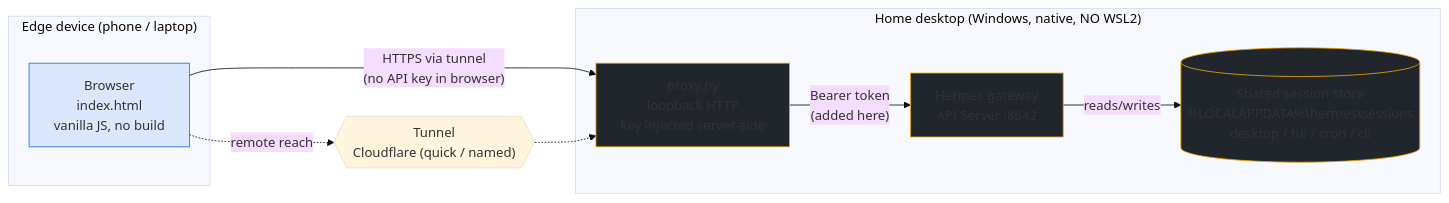
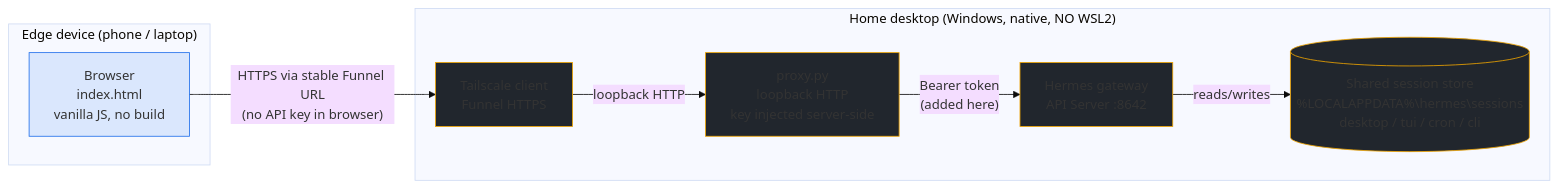
One commit to mr-september/hermes-uplink changed the diagram in README.md. Above: the diagram before and after it, drawn with Mermaid (base theme). The commit also changed other lines of this file and 14 other files, not shown here.

First line of the commit message:
Migrate internet access from Cloudflare to Tailscale Funnel

````diff
--- a/README.md
+++ b/README.md
@@ -50,20 +52,20 @@
 ```mermaid
 flowchart LR
     subgraph EDGE["Edge device (phone / laptop)"]
         B[Browser<br/>index.html<br/>vanilla JS, no build]
     end
     subgraph DESKTOP["Home desktop (Windows, native, NO WSL2)"]
         P[proxy.py<br/>loopback HTTP<br/>key injected server-side]
         A[Hermes gateway<br/>API Server :8642]
         R[(Shared session store<br/>%LOCALAPPDATA%\hermes\sessions<br/>desktop / tui / cron / cli)]
+        TS[Tailscale client<br/>Funnel HTTPS]
     end
-    TUN{{"Tunnel<br/>Cloudflare (quick / named)"}}
-    B -- "HTTPS via tunnel<br/>(no API key in browser)" --> P
+    B -- "HTTPS via stable Funnel URL<br/>(no API key in browser)" --> TS
+    TS -- "loopback HTTP" --> P
     P -- "Bearer token<br/>(added here)" --> A
     A -- "reads/writes" --> R
-    B -. "remote reach" .-> TUN -.-> P
     classDef edge fill:#1f6feb22,stroke:#1f6feb;
     classDef desk fill:#21262d,stroke:#f0a500;
     class B edge;
-    class P,A,R desk;
+    class P,A,R,TS desk;
 ```
````
